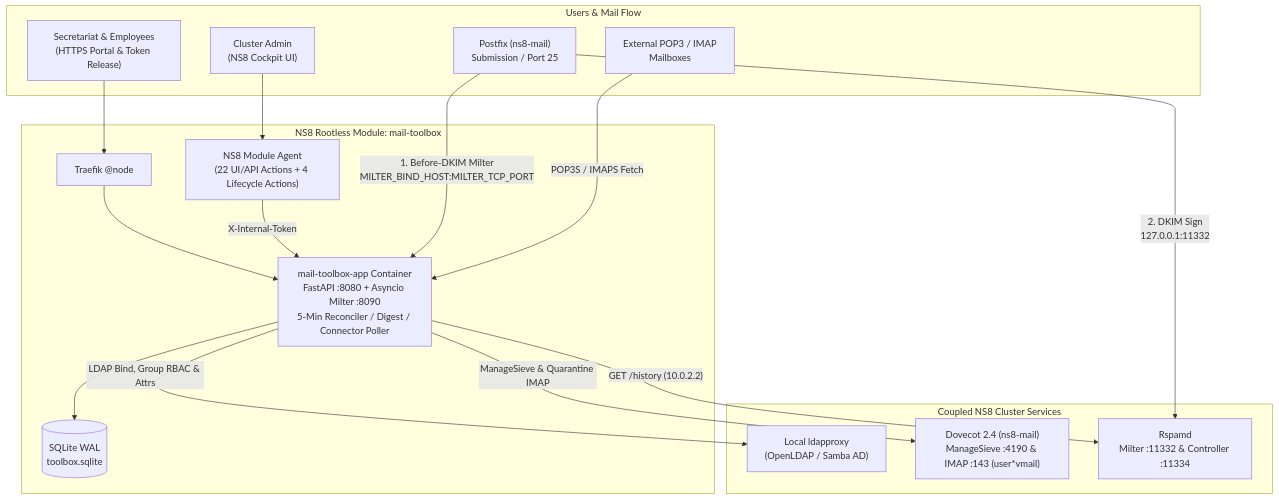
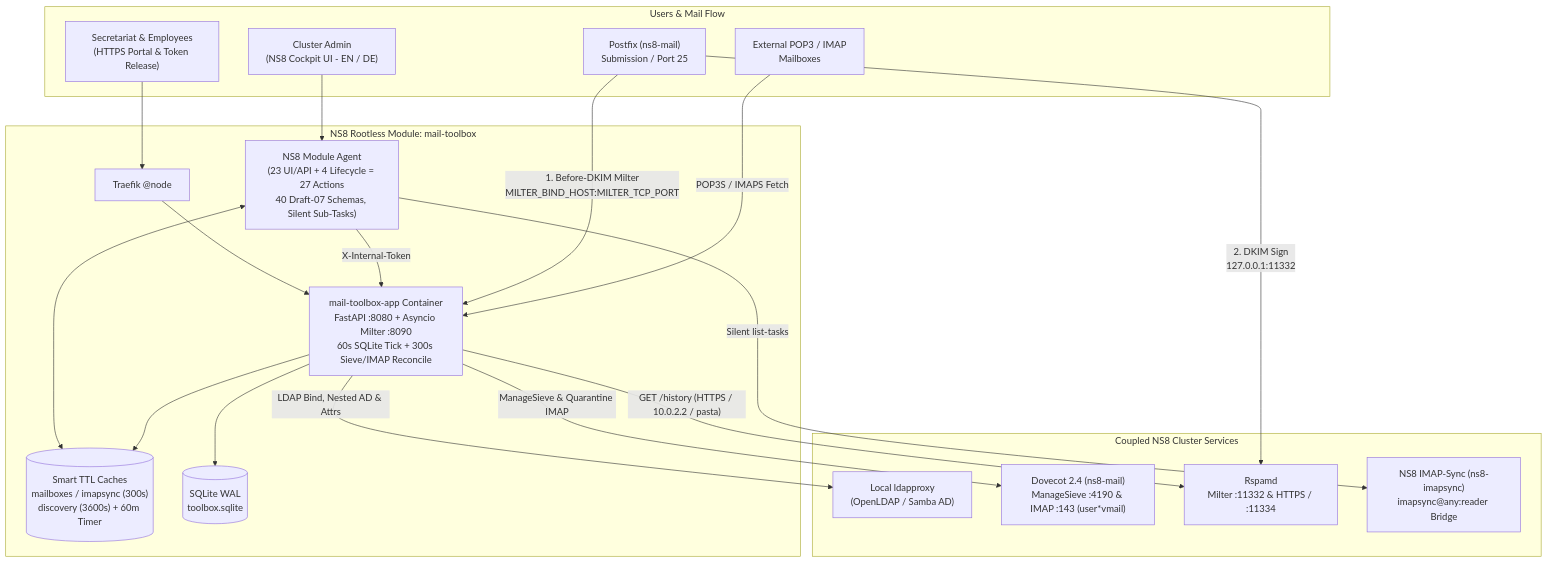
Before and after one commit to BLS-ISP/ns8-mailtoolbox: the diagram in README.md, drawn with Mermaid. The commit also changed other lines of this file and 13 other files, not shown here.

````diff
--- a/README.md
+++ b/README.md
@@ -46,32 +47,37 @@
 ```mermaid
 flowchart TB
     subgraph Clients["Users & Mail Flow"]
         SEC["Secretariat & Employees<br/>(HTTPS Portal & Token Release)"]
-        ADM["Cluster Admin<br/>(NS8 Cockpit UI)"]
+        ADM["Cluster Admin<br/>(NS8 Cockpit UI - EN / DE)"]
         MTA["Postfix (ns8-mail)<br/>Submission / Port 25"]
         EXT["External POP3 / IMAP<br/>Mailboxes"]
     end
 
     subgraph Module["NS8 Rootless Module: mail-toolbox"]
         TRF["Traefik @node"]
-        AG["NS8 Module Agent<br/>(22 UI/API Actions + 4 Lifecycle Actions)"]
-        APP["mail-toolbox-app Container<br/>FastAPI :8080 + Asyncio Milter :8090<br/>5-Min Reconciler / Digest / Connector Poller"]
+        AG["NS8 Module Agent<br/>(23 UI/API + 4 Lifecycle = 27 Actions<br/>40 Draft-07 Schemas, Silent Sub-Tasks)"]
+        CACHE[("Smart TTL Caches<br/>mailboxes / imapsync (300s)<br/>discovery (3600s) + 60m Timer")]
+        APP["mail-toolbox-app Container<br/>FastAPI :8080 + Asyncio Milter :8090<br/>60s SQLite Tick + 300s Sieve/IMAP Reconcile"]
         DB[("SQLite WAL<br/>toolbox.sqlite")]
     end
 
     subgraph NS8Services["Coupled NS8 Cluster Services"]
         LDAP["Local ldapproxy<br/>(OpenLDAP / Samba AD)"]
         DOV["Dovecot 2.4 (ns8-mail)<br/>ManageSieve :4190 & IMAP :143 (user*vmail)"]
-        RSP["Rspamd<br/>Milter :11332 & Controller :11334"]
+        RSP["Rspamd<br/>Milter :11332 & HTTPS / :11334"]
+        IMS["NS8 IMAP-Sync (ns8-imapsync)<br/>imapsync@any:reader Bridge"]
     end
 
     SEC --> TRF --> APP
     ADM --> AG -->|"X-Internal-Token"| APP
+    AG <--> CACHE
+    APP --> CACHE
     MTA -->|"1. Before-DKIM Milter<br/>MILTER_BIND_HOST:MILTER_TCP_PORT"| APP
     MTA -->|"2. DKIM Sign<br/>127.0.0.1:11332"| RSP
     APP --> DB
-    APP -->|"LDAP Bind, Group RBAC & Attrs"| LDAP
+    APP -->|"LDAP Bind, Nested AD & Attrs"| LDAP
     APP -->|"ManageSieve & Quarantine IMAP"| DOV
-    APP -->|"GET /history (10.0.2.2)"| RSP
+    APP -->|"GET /history (HTTPS / 10.0.2.2 / pasta)"| RSP
+    AG -->|"Silent list-tasks"| IMS
     EXT -->|"POP3S / IMAPS Fetch"| APP
 ```
````
